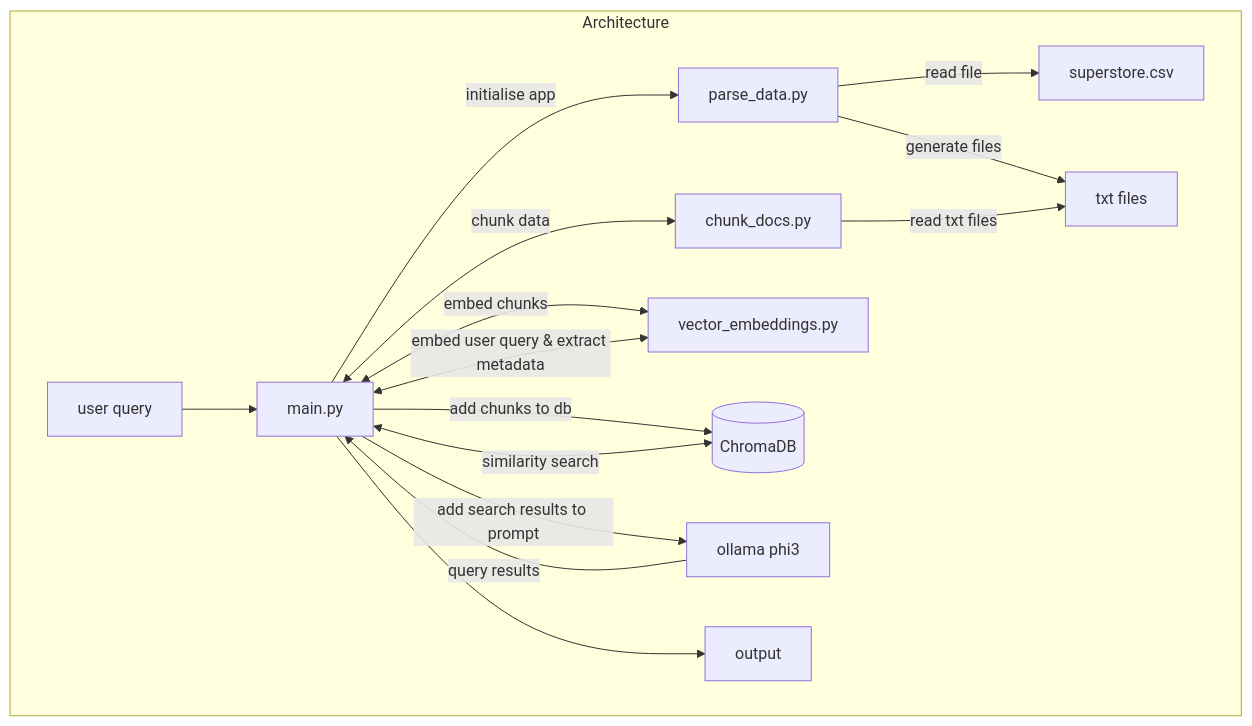
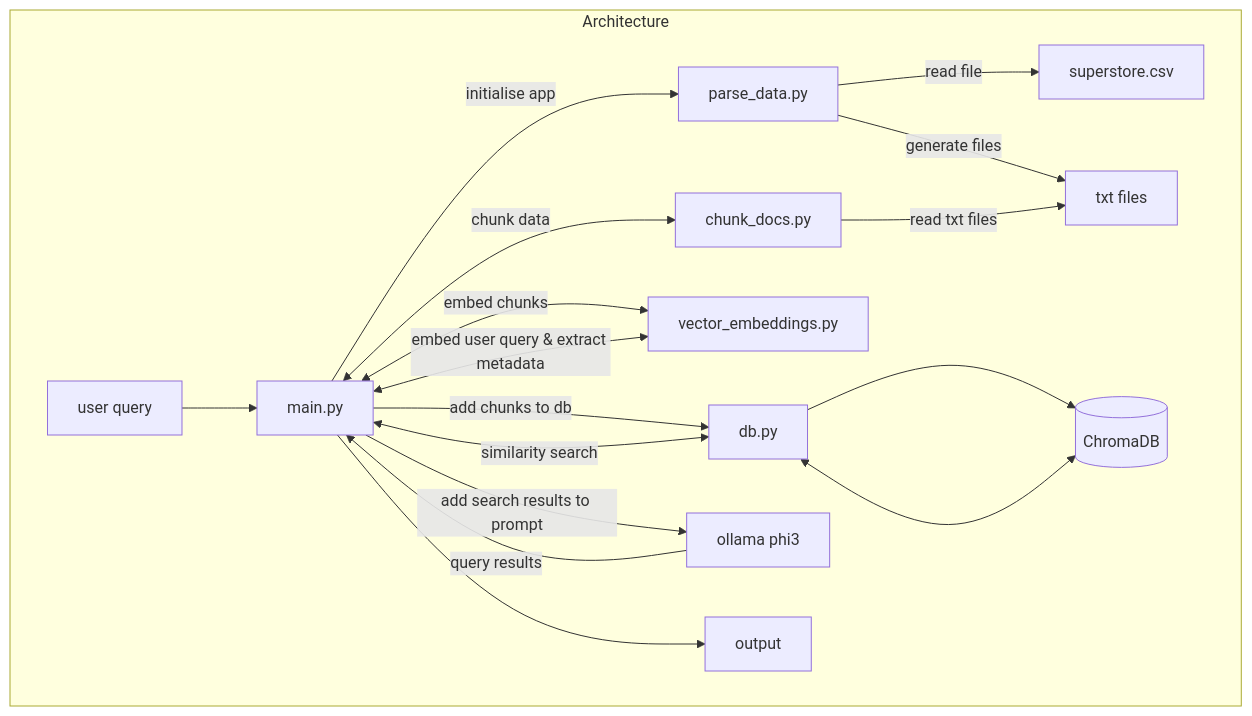
Before and after one commit to simkatti/RAG-Based-Sales-Data-Analysis: the diagram in README.md, drawn with Mermaid.

````diff
--- a/README.md
+++ b/README.md
@@ -12,23 +12,25 @@
 ```mermaid
 graph TD
     %% initialise 
     subgraph Architecture
         A[main.py] --> |initialise app| B[parse_data.py]
         B -->|read file| SC[superstore.csv]
         B -->|generate files| TF[txt files]
         A <--> |chunk data| CD[chunk_docs.py]
         CD --> |read txt files| TF
         A <--> |embed chunks| VE[vector_embeddings.py]
         A --> |add chunks to db| DB[db.py]
+        DB --> CDB
         C[user query] --> A
         A <--> |embed user query & extract metadata| VE
         A <--> |similarity search| DB
+        DB <--> CDB
         A --> |add search results to prompt| OL[ollama phi3]
         OL --> |query results| A
         A --> output
 
     end
     %% External Connections
-    DB[(ChromaDB)]
+    CDB[(ChromaDB)]
 
 ```
````
